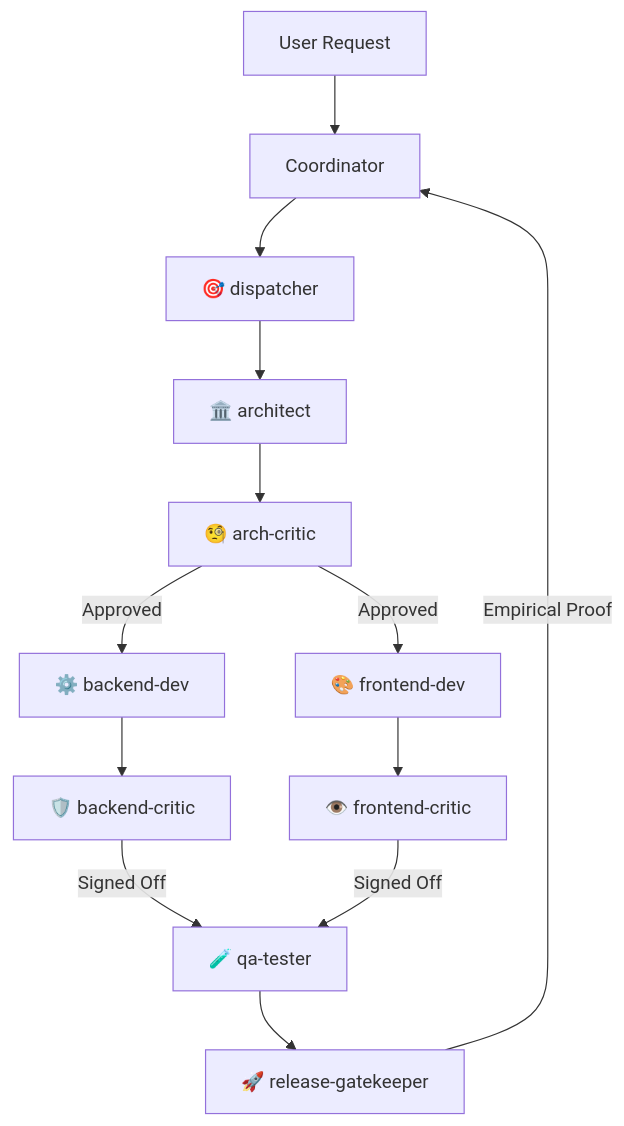
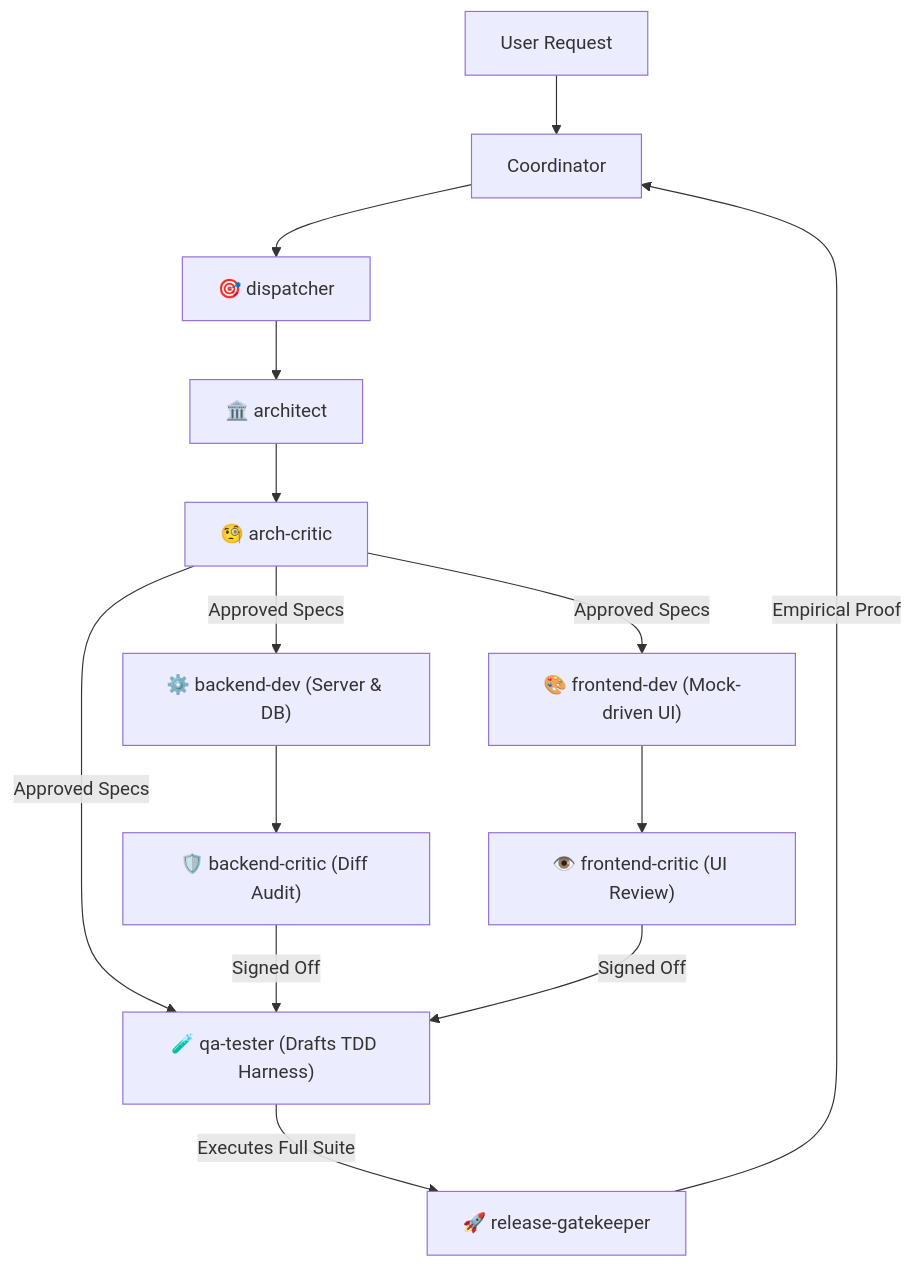
Before and after one commit to nour714/autonomous-software-company: the diagram in README.md, drawn with Mermaid. The commit also changed other lines of this file and 2 other files, not shown here.

Commit message:
perf(swarm): optimize speed and precision with shift-left TDD and diff-scoped audits

````diff
--- a/README.md
+++ b/README.md
@@ -26,19 +26,20 @@
 ```mermaid
 graph TD
     User["User Request"] --> Coord["Coordinator"]
     Coord --> Disp["🎯 dispatcher"]
     
     Disp --> Arch["🏛️ architect"]
     Arch --> ArchCrit["🧐 arch-critic"]
-    ArchCrit -->|Approved| Back["⚙️ backend-dev"]
-    ArchCrit -->|Approved| Front["🎨 frontend-dev"]
+    ArchCrit -->|Approved Specs| Back["⚙️ backend-dev (Server & DB)"]
+    ArchCrit -->|Approved Specs| Front["🎨 frontend-dev (Mock-driven UI)"]
+    ArchCrit -->|Approved Specs| QA["🧪 qa-tester (Drafts TDD Harness)"]
     
-    Back --> BackCrit["🛡️ backend-critic"]
-    Front --> FrontCrit["👁️ frontend-critic"]
+    Back --> BackCrit["🛡️ backend-critic (Diff Audit)"]
+    Front --> FrontCrit["👁️ frontend-critic (UI Review)"]
     
-    BackCrit -->|Signed Off| QA["🧪 qa-tester"]
+    BackCrit -->|Signed Off| QA
     FrontCrit -->|Signed Off| QA
     
-    QA --> RelGate["🚀 release-gatekeeper"]
+    QA -->|Executes Full Suite| RelGate["🚀 release-gatekeeper"]
     RelGate -->|Empirical Proof| Coord
 ```
````
